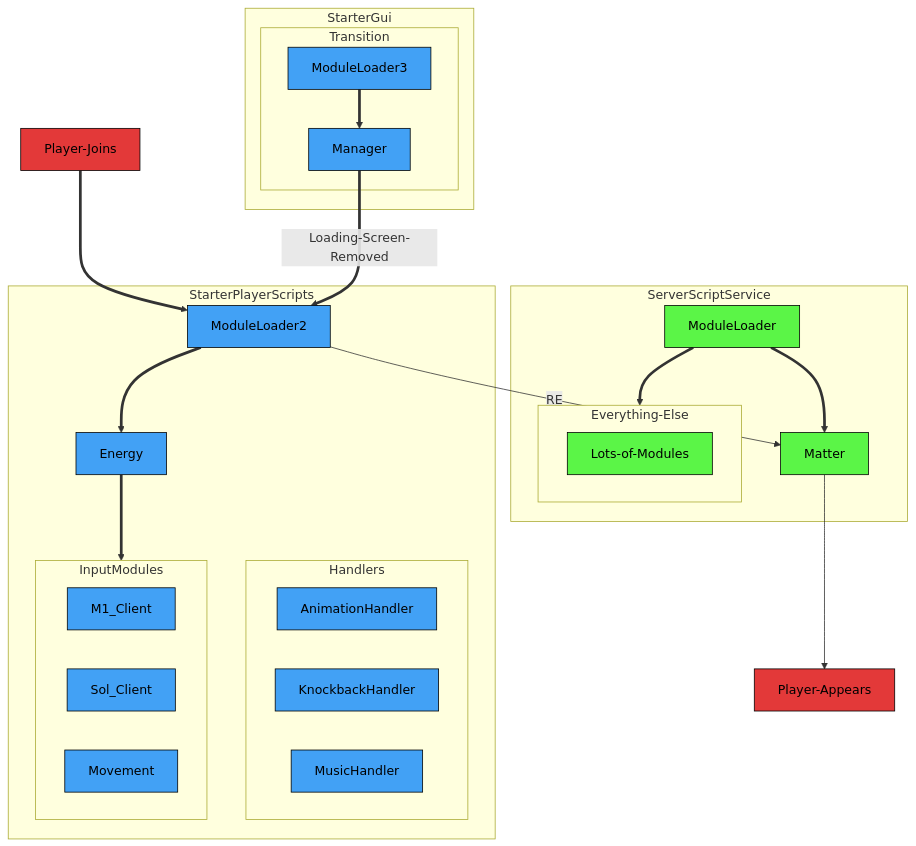
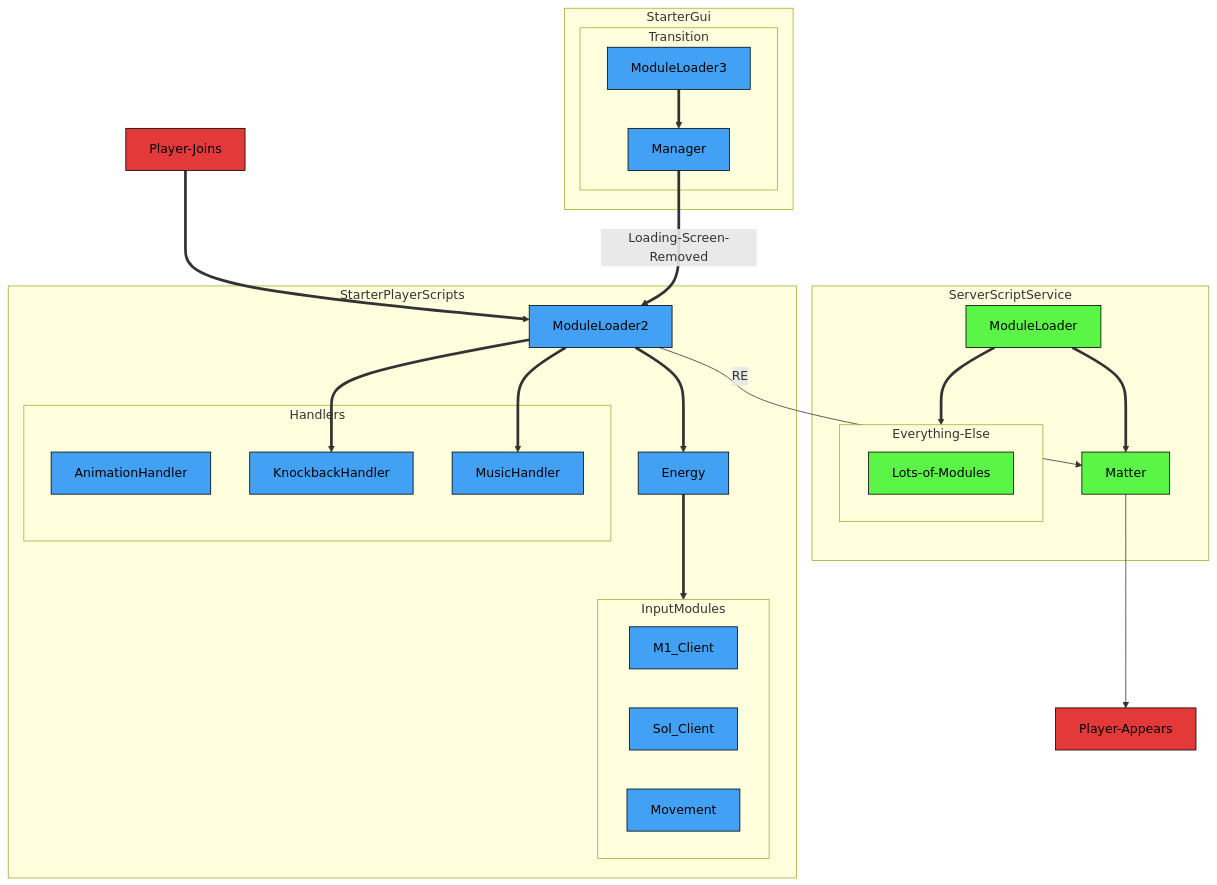
Before and after one commit to altair5607249/Crusaders-Game: the first of 3 diagrams in README.md, drawn with Mermaid.

````diff
--- a/README.md
+++ b/README.md
@@ -52,55 +52,57 @@
 ```mermaid
 flowchart TB;
 
   classDef eventNode fill:#e33939,stroke:#000000,color:#000000
   classDef serverNode fill:#5bf547,stroke:#000000,color:#000000
   classDef clientNode fill:#42a1f5,stroke:#000000,color:#000000
   classDef universalNode fill:#b549eb,stroke:#000000,color:#000000
 
   subgraph StarterPlayerScripts
     ModuleLoader2;
     Energy;
 
     subgraph Handlers
       AnimationHandler;
       KnockbackHandler;
       MusicHandler;
     end
 
     subgraph InputModules
       M1_Client;
       Sol_Client;
       Movement;
     end
   end
 
   subgraph StarterGui
     subgraph Transition
       ModuleLoader3==>A["Manager"]
     end
   end
 
   subgraph ServerScriptService
     ModuleLoader;
     Matter;
 
     subgraph Everything-Else
       Lots-of-Modules;
     end
   end
 
   Player-Joins==>ModuleLoader2
 
   A==>|Loading-Screen-Removed| ModuleLoader2
 
   ModuleLoader2-->|RE| Matter-->Player-Appears;
   ModuleLoader2==>Energy==>InputModules;
+  ModuleLoader2==>KnockbackHandler;
+  ModuleLoader2==>MusicHandler;
 
   ModuleLoader==>Matter;
   ModuleLoader==>Everything-Else;
 
   class Player-Joins,Player-Appears,Loading-Screen eventNode;
   class ModuleLoader,Matter,Lots-of-Modules,CooldownManager,DamageManager,DataManager,KnockbackManager,MapManager,MovementManager,StunManager,M1_Server,Bare_Server,Weapon_Server serverNode;
   class ModuleLoader2,Energy,AnimationHandler,KnockbackHandler,MusicHandler,M1_Client,Sol_Client,Movement,ModuleLoader3,ModuleLoader4,A,B,C clientNode;
   class Space,Time universalNode;
 ```
````
